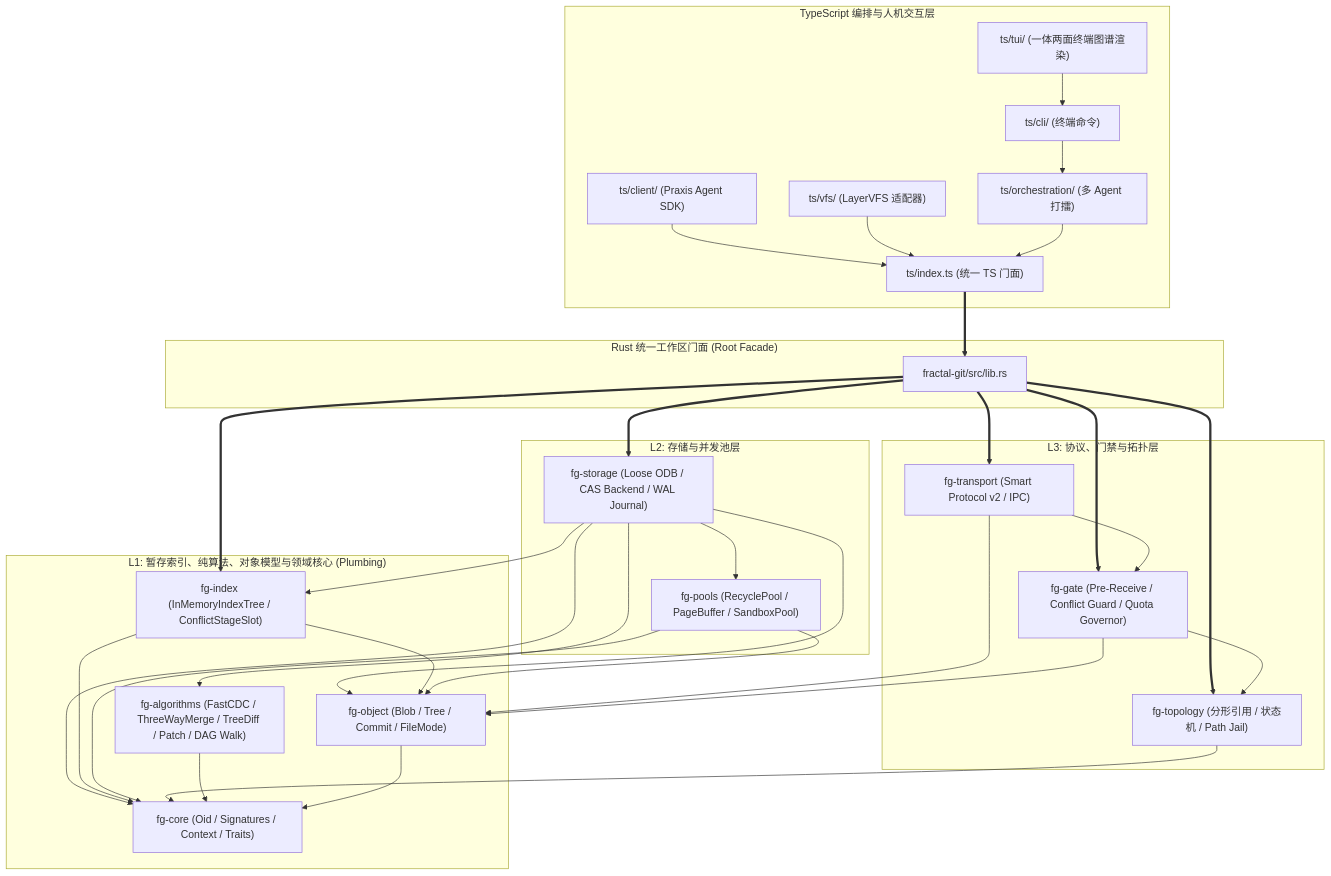
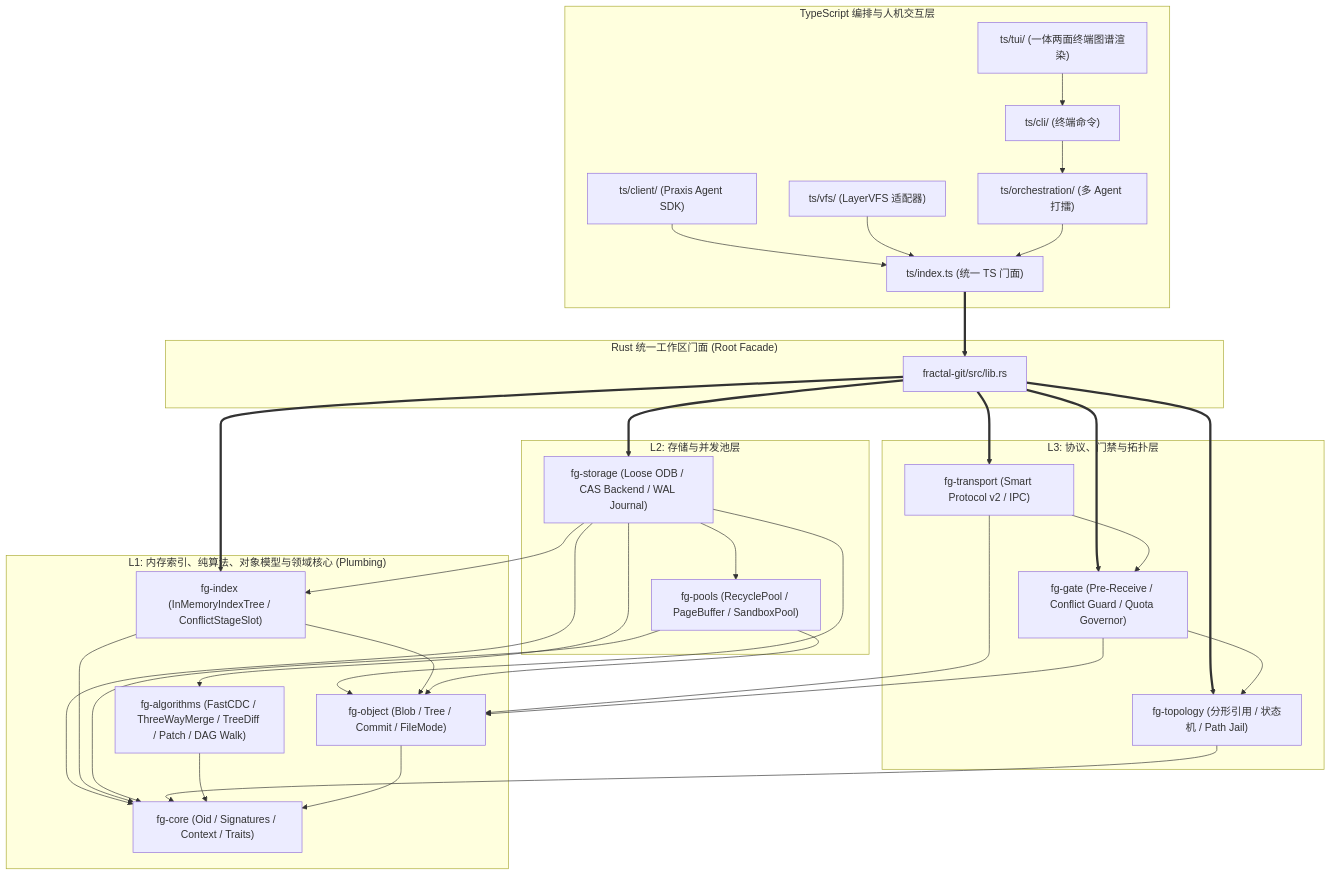
The diagram in fractal-git/docs/DIRECTORY_SPEC.md (guilingzhouyi-creator/vscode-extensions), drawn with Mermaid before and after one commit. The commit also changed other lines of this file and 20 other files, not shown here.

````diff
--- a/fractal-git/docs/DIRECTORY_SPEC.md
+++ b/fractal-git/docs/DIRECTORY_SPEC.md
@@ -34,63 +34,63 @@
 ```mermaid
 flowchart TD
   subgraph TS_LAYER["TypeScript 编排与人机交互层"]
     CLIENT["ts/client/ (Praxis Agent SDK)"]
     VFS["ts/vfs/ (LayerVFS 适配器)"]
     TUI["ts/tui/ (一体两面终端图谱渲染)"]
     ORCH["ts/orchestration/ (多 Agent 打擂)"]
     CLI["ts/cli/ (终端命令)"]
     TS_FACADE["ts/index.ts (统一 TS 门面)"]
     CLIENT --> TS_FACADE
     VFS --> TS_FACADE
     TUI --> CLI --> ORCH --> TS_FACADE
   end
 
   subgraph ROOT_RUST["Rust 统一工作区门面 (Root Facade)"]
     ROOT_LIB["fractal-git/src/lib.rs"]
   end
 
   subgraph LAYER_TOP["L3: 协议、门禁与拓扑层"]
     TRANSPORT["fg-transport (Smart Protocol v2 / IPC)"]
     GATE["fg-gate (Pre-Receive / Conflict Guard / Quota Governor)"]
     TOPOLOGY["fg-topology (分形引用 / 状态机 / Path Jail)"]
   end
 
   subgraph LAYER_STORAGE["L2: 存储与并发池层"]
     STORAGE["fg-storage (Loose ODB / CAS Backend / WAL Journal)"]
     POOLS["fg-pools (RecyclePool / PageBuffer / SandboxPool)"]
   end
 
-  subgraph LAYER_LEAF["L1: 暂存索引、纯算法、对象模型与领域核心 (Plumbing)"]
+  subgraph LAYER_LEAF["L1: 内存索引、纯算法、对象模型与领域核心 (Plumbing)"]
     INDEX["fg-index (InMemoryIndexTree / ConflictStageSlot)"]
     ALGO["fg-algorithms (FastCDC / ThreeWayMerge / TreeDiff / Patch / DAG Walk)"]
     OBJECT["fg-object (Blob / Tree / Commit / FileMode)"]
     CORE["fg-core (Oid / Signatures / Context / Traits)"]
   end
 
   TS_FACADE ==> ROOT_LIB
   ROOT_LIB ==> TRANSPORT
   ROOT_LIB ==> GATE
   ROOT_LIB ==> STORAGE
   ROOT_LIB ==> TOPOLOGY
   ROOT_LIB ==> INDEX
 
   TRANSPORT --> GATE --> TOPOLOGY
   TRANSPORT --> OBJECT
   GATE --> OBJECT
 
   STORAGE --> INDEX
   STORAGE --> POOLS
   STORAGE --> ALGO
   STORAGE --> OBJECT
   STORAGE --> CORE
 
   INDEX --> OBJECT
   INDEX --> CORE
 
   POOLS --> OBJECT
   POOLS --> CORE
 
   TOPOLOGY --> CORE
   ALGO --> CORE
   OBJECT --> CORE
 ```
````
